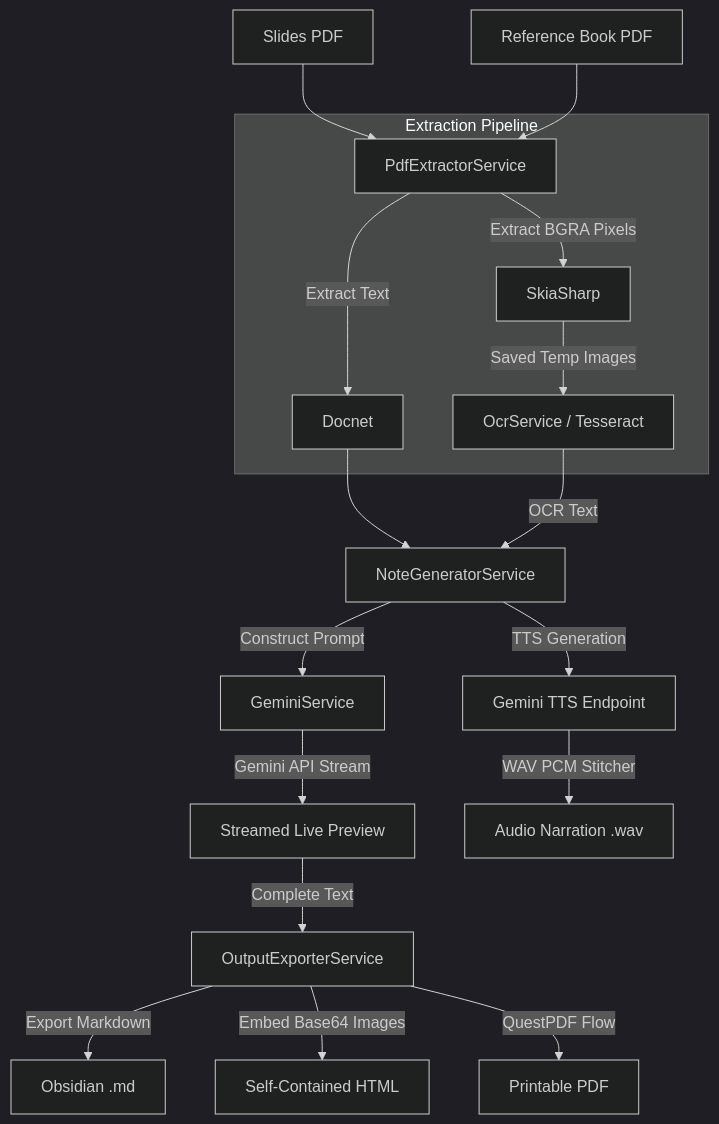
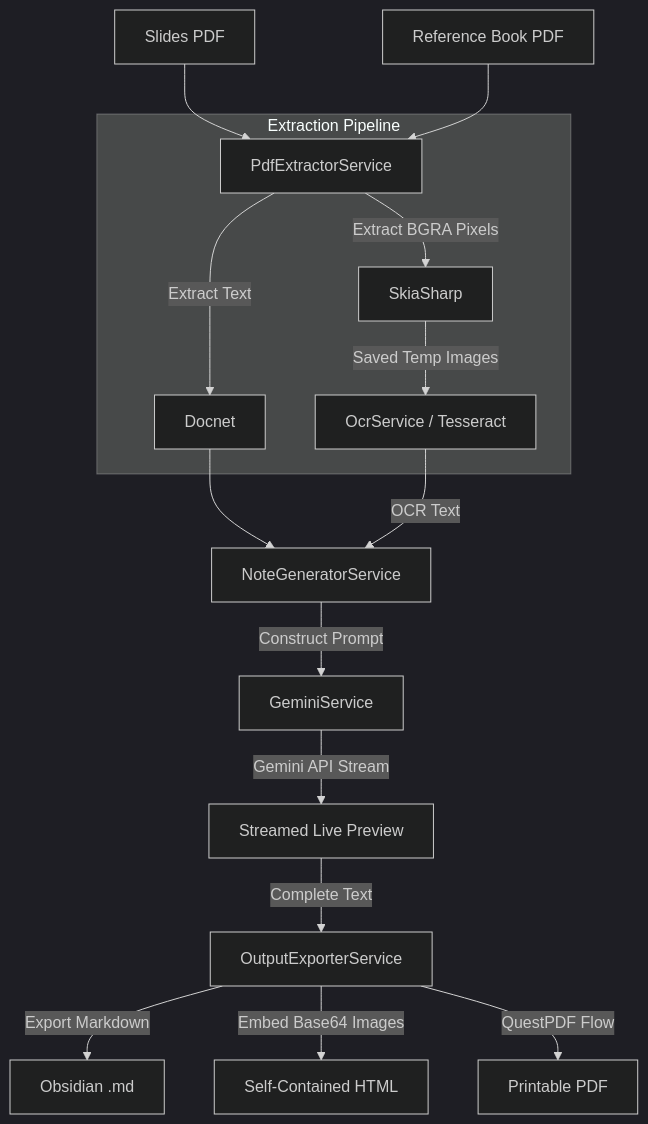
Before and after one commit to YaserBaker7/LectureSmith: the diagram in README.md, drawn with Mermaid (dark theme). The commit also changed other lines of this file and 7 other files, not shown here.

````diff
--- a/README.md
+++ b/README.md
@@ -42,25 +41,22 @@
 ```mermaid
 graph TD
     A[Slides PDF] --> B[PdfExtractorService]
     A2[Reference Book PDF] --> B
     
     subgraph Extraction Pipeline
         B -->|Extract Text| C[Docnet]
         B -->|Extract BGRA Pixels| D[SkiaSharp]
         D -->|Saved Temp Images| E[OcrService / Tesseract]
     end
     
     C --> F[NoteGeneratorService]
     E -->|OCR Text| F
     
     F -->|Construct Prompt| G[GeminiService]
     G -->|Gemini API Stream| H[Streamed Live Preview]
     
     H -->|Complete Text| I[OutputExporterService]
     I -->|Export Markdown| J[Obsidian .md]
     I -->|Embed Base64 Images| K[Self-Contained HTML]
     I -->|QuestPDF Flow| L[Printable PDF]
-    
-    F -->|TTS Generation| M[Gemini TTS Endpoint]
-    M -->|WAV PCM Stitcher| N[Audio Narration .wav]
 ```
````
